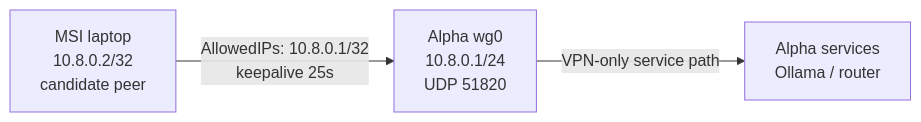
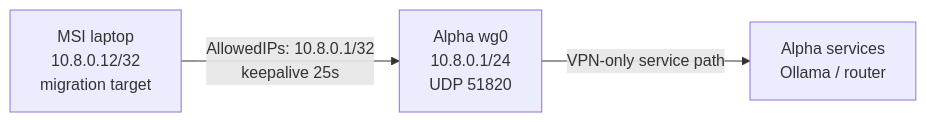
The diagram in content/docs/laptop-msi/wireguard.mdx (Manuel0516/zero-five-handbook), drawn with Mermaid before and after one commit. The commit also changed other lines of this file and 15 other files, not shown here.

Commit message:
Plan MSI WireGuard address migration

````diff
--- a/content/docs/laptop-msi/wireguard.mdx
+++ b/content/docs/laptop-msi/wireguard.mdx
@@ -12,5 +12,5 @@
 ```mermaid
 flowchart LR
-    msi["MSI laptop<br/>10.8.0.2/32<br/>candidate peer"] -->|"AllowedIPs: 10.8.0.1/32<br/>keepalive 25s"| wg["Alpha wg0<br/>10.8.0.1/24<br/>UDP 51820"]
+    msi["MSI laptop<br/>10.8.0.12/32<br/>migration target"] -->|"AllowedIPs: 10.8.0.1/32<br/>keepalive 25s"| wg["Alpha wg0<br/>10.8.0.1/24<br/>UDP 51820"]
     wg -->|"VPN-only service path"| vps["Alpha services<br/>Ollama / router"]
 ```
````
